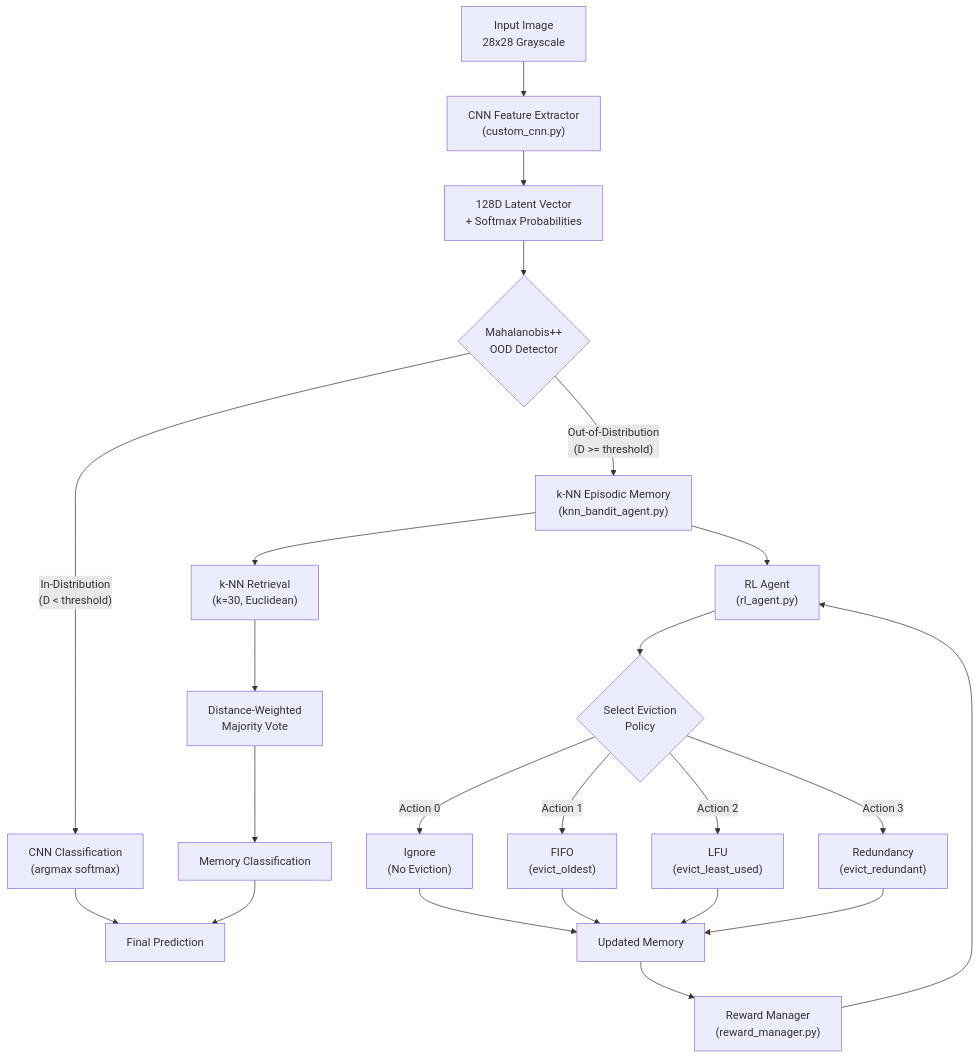
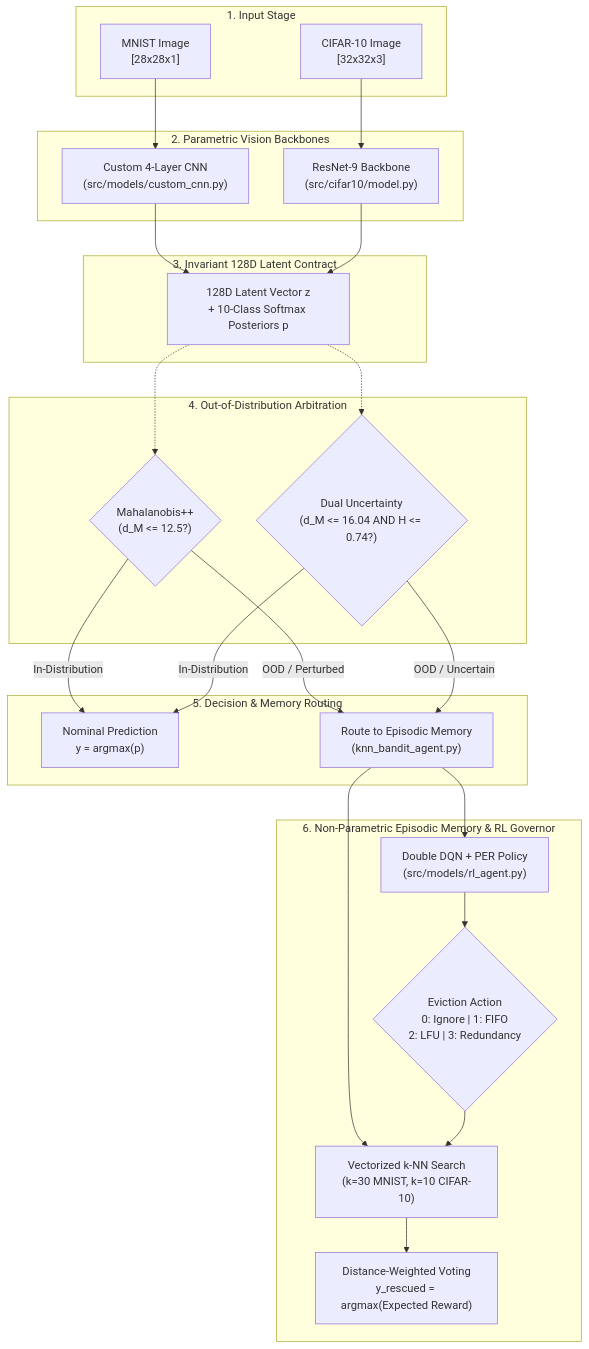
The diagram in README.md (Santiago-1211173/projeto-cnn), drawn with Mermaid before and after one commit. The commit also changed other lines of this file and 58 other files, not shown here.

````diff
--- a/README.md
+++ b/README.md
@@ -52,22 +84,46 @@
 ```mermaid
 flowchart TD
-    A["Input Image\n28x28 Grayscale"] --> B["CNN Feature Extractor\n(custom_cnn.py)"]
-    B --> C["128D Latent Vector\n+ Softmax Probabilities"]
-    C --> D{"Mahalanobis++\nOOD Detector"}
-    D -->|"In-Distribution\n(D < threshold)"| E["CNN Classification\n(argmax softmax)"]
-    D -->|"Out-of-Distribution\n(D >= threshold)"| F["k-NN Episodic Memory\n(knn_bandit_agent.py)"]
-    F --> G["k-NN Retrieval\n(k=30, Euclidean)"]
-    G --> H["Distance-Weighted\nMajority Vote"]
-    H --> I["Memory Classification"]
-    F --> J["RL Agent\n(rl_agent.py)"]
-    J --> K{"Select Eviction\nPolicy"}
-    K -->|"Action 0"| L["Ignore\n(No Eviction)"]
-    K -->|"Action 1"| M["FIFO\n(evict_oldest)"]
-    K -->|"Action 2"| N["LFU\n(evict_least_used)"]
-    K -->|"Action 3"| O["Redundancy\n(evict_redundant)"]
-    L & M & N & O --> P["Updated Memory"]
-    P --> Q["Reward Manager\n(reward_manager.py)"]
-    Q --> J
-    E --> R["Final Prediction"]
-    I --> R
+    subgraph InputStage["1. Input Stage"]
+        IN_M["MNIST Image<br>[28x28x1]"]
+        IN_C["CIFAR-10 Image<br>[32x32x3]"]
+    end
+
+    subgraph Backbones["2. Parametric Vision Backbones"]
+        CNN_M["Custom 4-Layer CNN<br>(src/models/custom_cnn.py)"]
+        CNN_C["ResNet-9 Backbone<br>(src/cifar10/model.py)"]
+        IN_M --> CNN_M
+        IN_C --> CNN_C
+    end
+
+    subgraph InvariantBottleneck["3. Invariant 128D Latent Contract"]
+        LATENT["128D Latent Vector z<br>+ 10-Class Softmax Posteriors p"]
+        CNN_M --> LATENT
+        CNN_C --> LATENT
+    end
+
+    subgraph OODStage["4. Out-of-Distribution Arbitration"]
+        OOD_M{"Mahalanobis++<br>(d_M <= 12.5?)"}
+        OOD_C{"Dual Uncertainty<br>(d_M <= 16.04 AND H <= 0.74?)"}
+        LATENT -.-> OOD_M
+        LATENT -.-> OOD_C
+    end
+
+    subgraph Execution["5. Decision & Memory Routing"]
+        CNN_OUT["Nominal Prediction<br>y = argmax(p)"]
+        MEM_ROUTE["Route to Episodic Memory<br>(knn_bandit_agent.py)"]
+        OOD_M -->|In-Distribution| CNN_OUT
+        OOD_M -->|OOD / Perturbed| MEM_ROUTE
+        OOD_C -->|In-Distribution| CNN_OUT
+        OOD_C -->|OOD / Uncertain| MEM_ROUTE
+    end
+
+    subgraph EpisodicMemory["6. Non-Parametric Episodic Memory & RL Governor"]
+        KNN["Vectorized k-NN Search<br>(k=30 MNIST, k=10 CIFAR-10)"]
+        VOTE["Distance-Weighted Voting<br>y_rescued = argmax(Expected Reward)"]
+        RL["Double DQN + PER Policy<br>(src/models/rl_agent.py)"]
+        ACT{"Eviction Action<br>0: Ignore | 1: FIFO<br>2: LFU | 3: Redundancy"}
+        
+        MEM_ROUTE --> KNN --> VOTE
+        MEM_ROUTE --> RL --> ACT --> KNN
+    end
 ```
````
